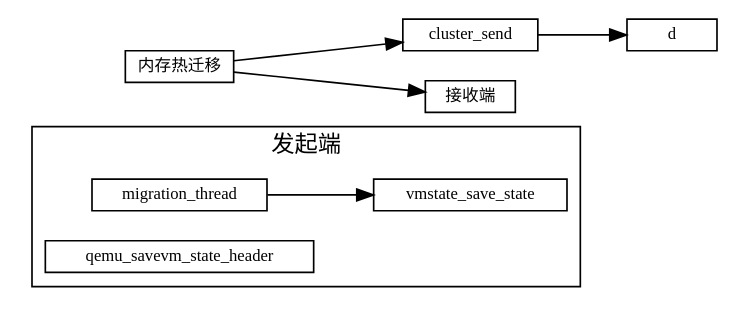
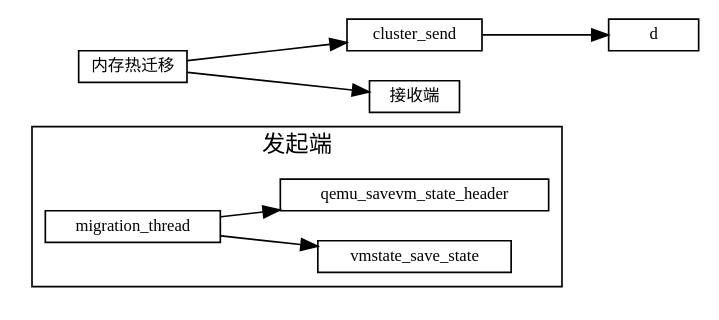
One commit to sisyphus1212/note changed the diagram in 虚拟化/热迁移/1-内存热迁移.md. Above: the diagram before and after it, drawn with Graphviz.

Commit message:
auto_update

````diff
--- a/虚拟化/热迁移/1-内存热迁移.md
+++ b/虚拟化/热迁移/1-内存热迁移.md
@@ -11,22 +11,22 @@
 ```graphviz
 digraph 热迁移 {
 fontname="Helvetica,Arial,sans-serif"
 //node [fontname="Helvetica,Arial,sans-serif"]
 edge [fontname="Helvetica,Arial,sans-serif"]
 rankdir="LR"
 node [fontsize=10, shape=box, height=0.25]
 edge [fontsize=10]
 
   subgraph cluster_send {
     label="发起端";
     migration_thread -> vmstate_save_state
-    qemu_savevm_state_header
+    migration_thread -> qemu_savevm_state_header
   }
 
 内存热迁移 [label="内存热迁移"]
 内存热迁移 -> cluster_send
            -> d
 
 内存热迁移 -> 接收端
 }
 ```
````
